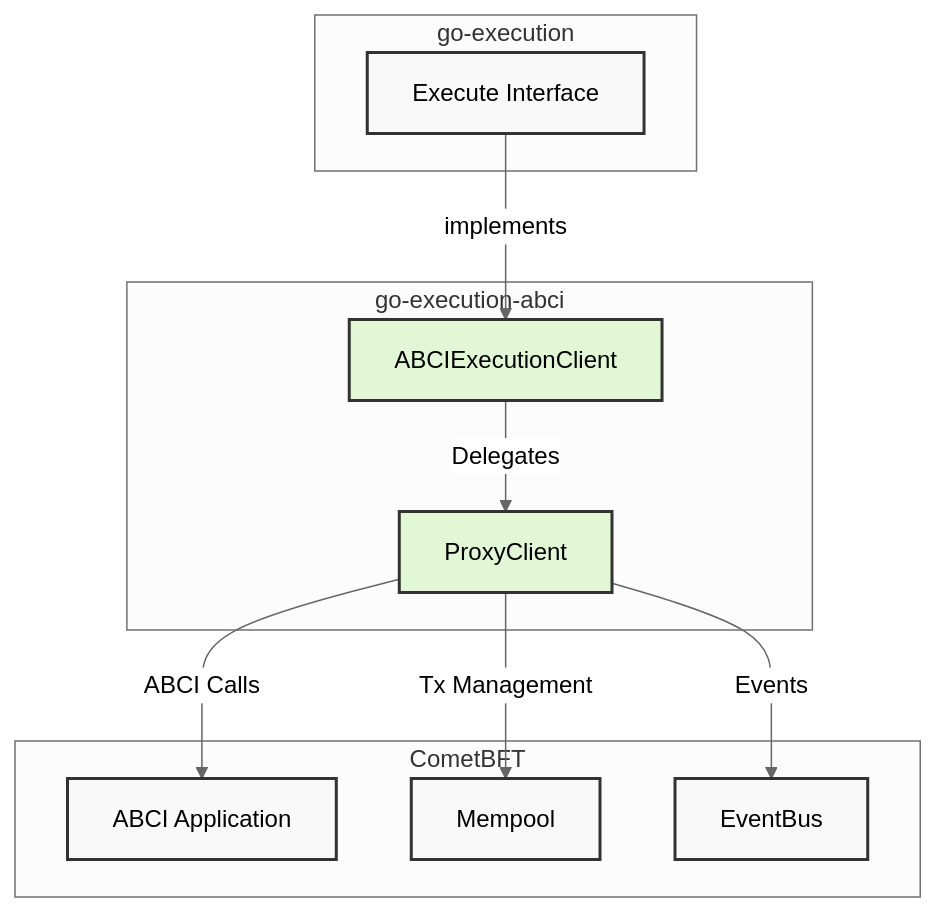
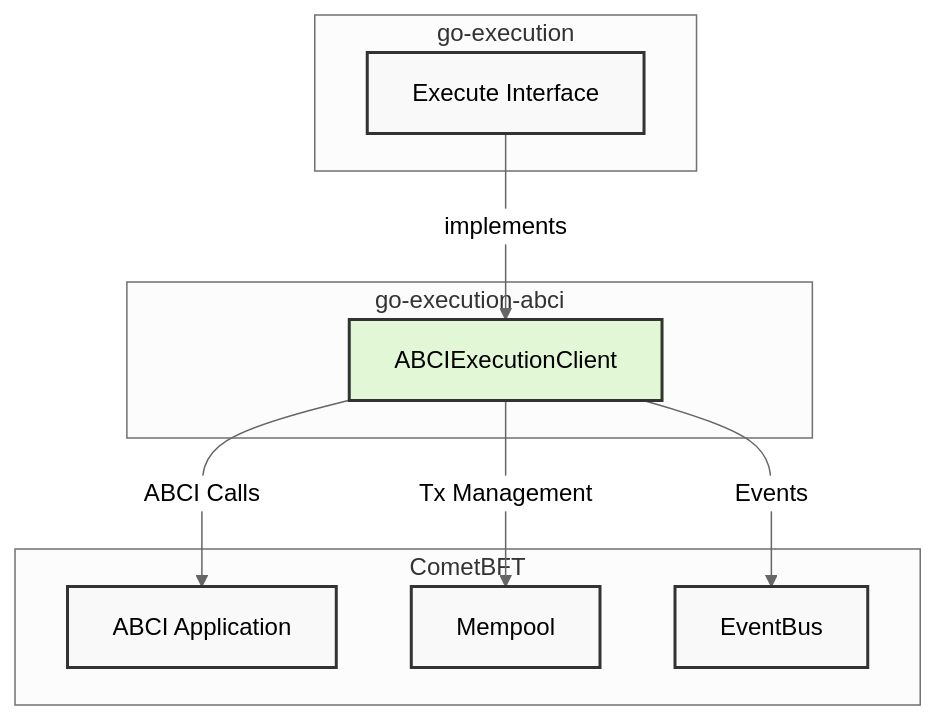
One commit to rollkit/go-execution-abci changed the diagram in README.md. Above: the diagram before and after it, drawn with Mermaid (neutral theme).

Commit message:
chore: update architecture diagram

````diff
--- a/README.md
+++ b/README.md
@@ -3,23 +3,21 @@
 ```mermaid
 graph TB
   subgraph go-execution
     R[Execute Interface]
   end
   subgraph "go-execution-abci"
     AEC[ABCIExecutionClient]
-    PC[ProxyClient]
   end
   subgraph "CometBFT"
     ABCI[ABCI Application]
     MP[Mempool]
     EB[EventBus]
   end
   R -->|implements| AEC
-  AEC -->|Delegates| PC
-  PC -->|ABCI Calls| ABCI
-  PC -->|Tx Management| MP
-  PC -->|Events| EB
+  AEC -->|ABCI Calls| ABCI
+  AEC -->|Tx Management| MP
+  AEC -->|Events| EB
   classDef default fill:#f9f9f9,stroke:#333,stroke-width:2px;
   classDef highlight fill:#e1f7d5,stroke:#333,stroke-width:2px;
-  class AEC,PC highlight;
+  class AEC highlight;
 ```
````
